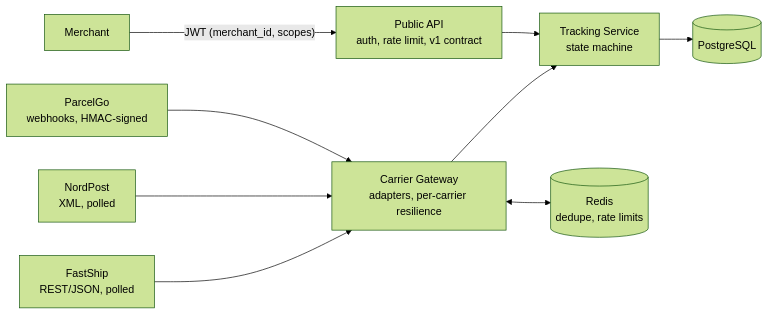
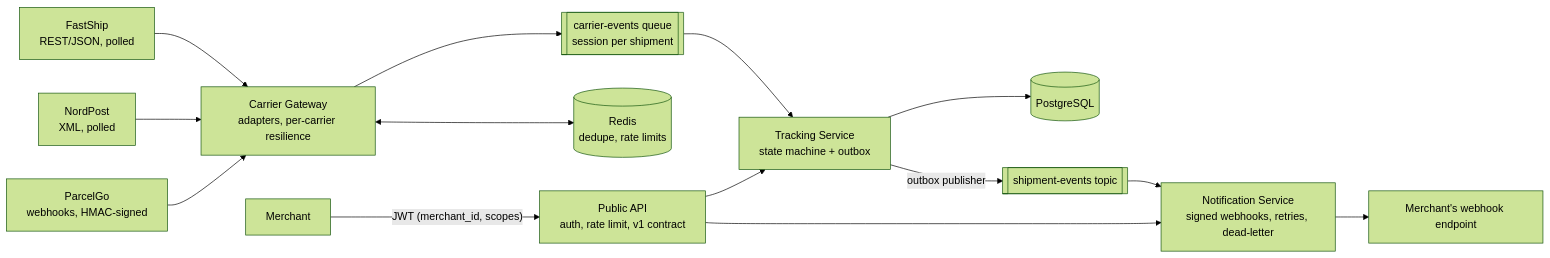
One commit to brk2art/CarrierHub changed the diagram in README.md. Above: the diagram before and after it, drawn with Mermaid (forest theme). The commit also changed other lines of this file and 2 other files, not shown here.

Commit message:
Phase 3: Public API /v1/webhook, Notification tests, ADR 9, README results

````diff
--- a/README.md
+++ b/README.md
@@ -12,11 +12,16 @@
 ```mermaid
 flowchart LR
     FS[FastShip<br/>REST/JSON, polled] --> G
     NP[NordPost<br/>XML, polled] --> G
     PG[ParcelGo<br/>webhooks, HMAC-signed] --> G
-    G[Carrier Gateway<br/>adapters, per-carrier resilience] --> T[Tracking Service<br/>state machine]
+    G[Carrier Gateway<br/>adapters, per-carrier resilience] --> Q[[carrier-events queue<br/>session per shipment]]
     G <--> R[(Redis<br/>dedupe, rate limits)]
+    Q --> T[Tracking Service<br/>state machine + outbox]
     T --> DB[(PostgreSQL)]
+    T -- outbox publisher --> TP[[shipment-events topic]]
+    TP --> N[Notification Service<br/>signed webhooks, retries, dead-letter]
+    N --> MW[Merchant's webhook endpoint]
     M[Merchant] -- "JWT (merchant_id, scopes)" --> P[Public API<br/>auth, rate limit, v1 contract]
     P --> T
+    P --> N
 ```
````
